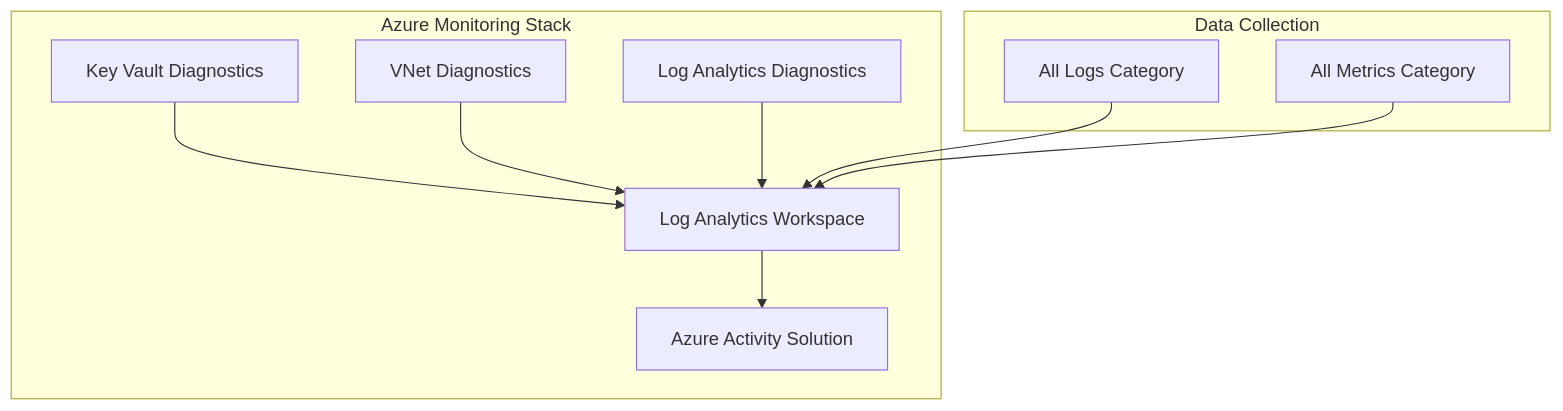
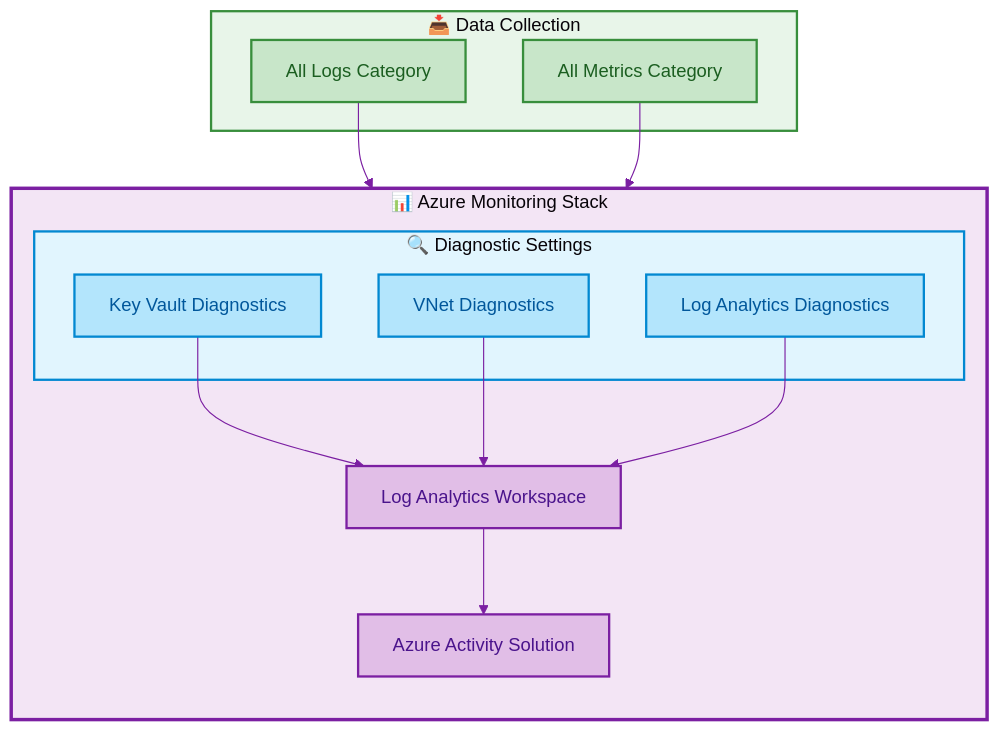
One commit to Evilazaro/DevExp-DevBox changed the seventh of 8 diagrams in docs/architecture/Technology.md. Above: the diagram before and after it, drawn with Mermaid. The commit also changed other lines of this file, not shown here.

Commit message:
docs: enhance Technology Architecture diagrams with improved styling and clarity

````diff
--- a/docs/architecture/Technology.md
+++ b/docs/architecture/Technology.md
@@ -471,22 +565,34 @@
 ```mermaid
+%%{init: {'theme': 'base', 'themeVariables': {'primaryColor': '#F3E5F5', 'lineColor': '#7B1FA2'}}}%%
 flowchart TB
-    subgraph Monitoring["Azure Monitoring Stack"]
-        la_workspace["Log Analytics Workspace"]
-        activity_sol["Azure Activity Solution"]
-        diag_kv["Key Vault Diagnostics"]
-        diag_vnet["VNet Diagnostics"]
-        diag_la["Log Analytics Diagnostics"]
+    classDef monitoring fill:#E1BEE7,stroke:#7B1FA2,stroke-width:2px,color:#4A148C
+    classDef diagnostic fill:#B3E5FC,stroke:#0288D1,stroke-width:2px,color:#01579B
+    classDef data fill:#C8E6C9,stroke:#388E3C,stroke-width:2px,color:#1B5E20
+
+    subgraph Monitoring["📊 Azure Monitoring Stack"]
+        direction TB
+        la_workspace["Log Analytics Workspace"]:::monitoring
+        activity_sol["Azure Activity Solution"]:::monitoring
+        subgraph Diagnostics["🔍 Diagnostic Settings"]
+            diag_kv["Key Vault Diagnostics"]:::diagnostic
+            diag_vnet["VNet Diagnostics"]:::diagnostic
+            diag_la["Log Analytics Diagnostics"]:::diagnostic
+        end
     end
 
-    subgraph DataCollection["Data Collection"]
-        all_logs["All Logs Category"]
-        all_metrics["All Metrics Category"]
+    subgraph DataCollection["📥 Data Collection"]
+        all_logs["All Logs Category"]:::data
+        all_metrics["All Metrics Category"]:::data
     end
+
+    style Monitoring fill:#F3E5F5,stroke:#7B1FA2,stroke-width:3px
+    style Diagnostics fill:#E1F5FE,stroke:#0288D1,stroke-width:2px
+    style DataCollection fill:#E8F5E9,stroke:#388E3C,stroke-width:2px
 
     diag_kv --> la_workspace
     diag_vnet --> la_workspace
     diag_la --> la_workspace
     la_workspace --> activity_sol
     all_logs --> la_workspace
     all_metrics --> la_workspace
 ```
````
